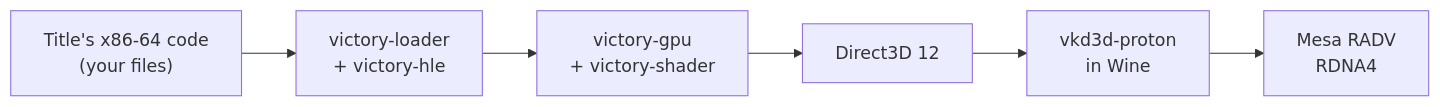
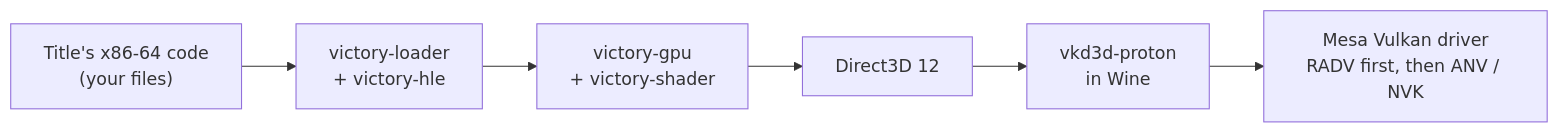
Before and after one commit to oguska/Scarlight: the diagram in README.md, drawn with Mermaid. The commit also changed other lines of this file and 1 other file, not shown here.

Commit message:
docs: README as the Linux + Mesa port (pitch, Mesa badges, tested-on, test reports)

````diff
--- a/README.md
+++ b/README.md
@@ -26,6 +32,6 @@
 ```mermaid
 flowchart LR
     A["Title's x86-64 code<br/>(your files)"] --> B["victory-loader<br/>+ victory-hle"]
     B --> C["victory-gpu<br/>+ victory-shader"]
-    C --> D["Direct3D 12"] --> E["vkd3d-proton<br/>in Wine"] --> F["Mesa RADV<br/>RDNA4"]
+    C --> D["Direct3D 12"] --> E["vkd3d-proton<br/>in Wine"] --> F["Mesa Vulkan driver<br/>RADV first, then ANV / NVK"]
 ```
````
